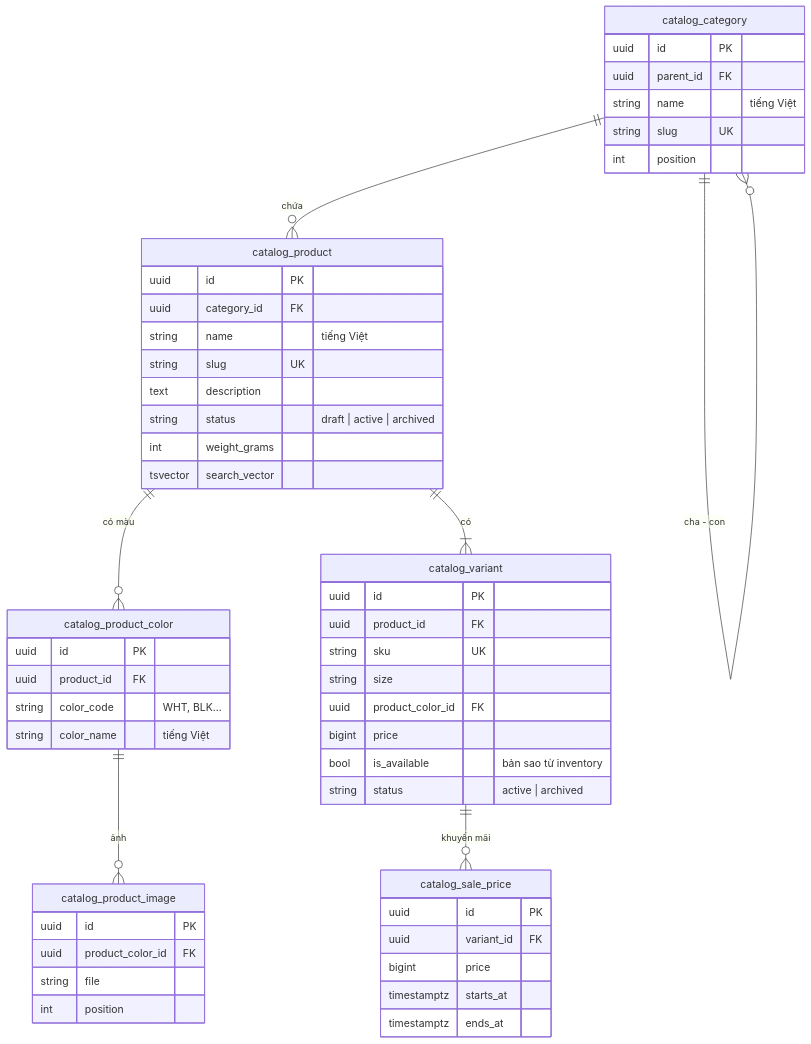
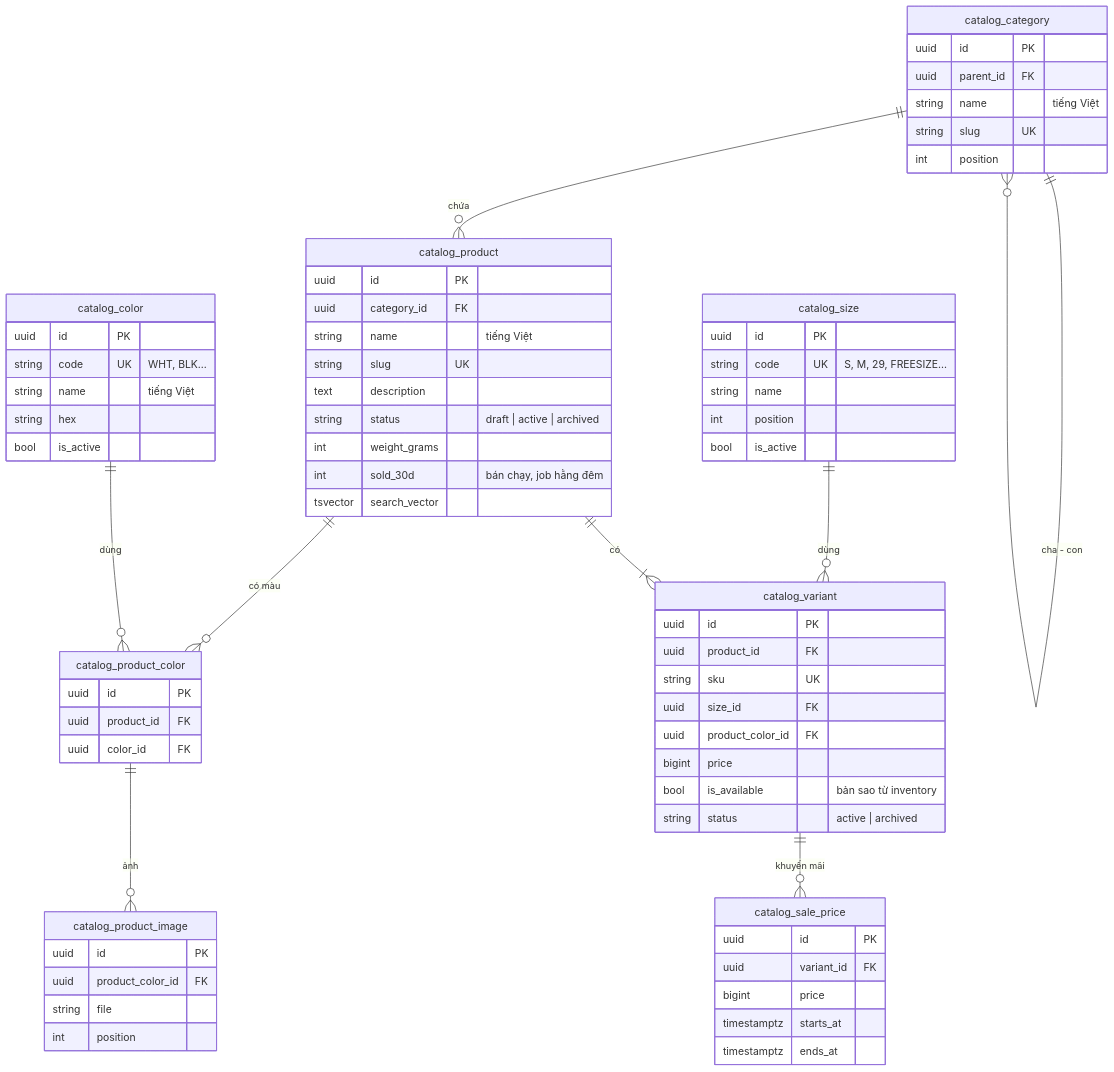
Before and after one commit to LuongCongThanh/boilerplate-ecommerce-next-16: the third of 9 diagrams in docs/architecture/03-data-model.md, drawn with Mermaid. The commit also changed other lines of this file and 15 other files, not shown here.

````diff
--- a/docs/architecture/03-data-model.md
+++ b/docs/architecture/03-data-model.md
@@ -125,55 +126,71 @@
 ```mermaid
 erDiagram
     catalog_category ||--o{ catalog_category : "cha - con"
     catalog_category ||--o{ catalog_product : "chứa"
     catalog_product ||--o{ catalog_product_color : "có màu"
+    catalog_color ||--o{ catalog_product_color : "dùng"
+    catalog_size ||--o{ catalog_variant : "dùng"
     catalog_product_color ||--o{ catalog_product_image : "ảnh"
     catalog_product ||--|{ catalog_variant : "có"
     catalog_variant ||--o{ catalog_sale_price : "khuyến mãi"
     catalog_category {
         uuid id PK
         uuid parent_id FK
         string name "tiếng Việt"
         string slug UK
         int position
     }
     catalog_product {
         uuid id PK
         uuid category_id FK
         string name "tiếng Việt"
         string slug UK
         text description
         string status "draft | active | archived"
         int weight_grams
+        int sold_30d "bán chạy, job hằng đêm"
         tsvector search_vector
+    }
+    catalog_size {
+        uuid id PK
+        string code UK "S, M, 29, FREESIZE…"
+        string name
+        int position
+        bool is_active
+    }
+    catalog_color {
+        uuid id PK
+        string code UK "WHT, BLK…"
+        string name "tiếng Việt"
+        string hex
+        bool is_active
     }
     catalog_product_color {
         uuid id PK
         uuid product_id FK
-        string color_code "WHT, BLK…"
-        string color_name "tiếng Việt"
+        uuid color_id FK
     }
     catalog_product_image {
         uuid id PK
         uuid product_color_id FK
         string file
         int position
     }
     catalog_variant {
         uuid id PK
         uuid product_id FK
         string sku UK
-        string size
+        uuid size_id FK
         uuid product_color_id FK
         bigint price
         bool is_available "bản sao từ inventory"
         string status "active | archived"
     }
     catalog_sale_price {
         uuid id PK
         uuid variant_id FK
         bigint price
         timestamptz starts_at
         timestamptz ends_at
     }
 ```
````
